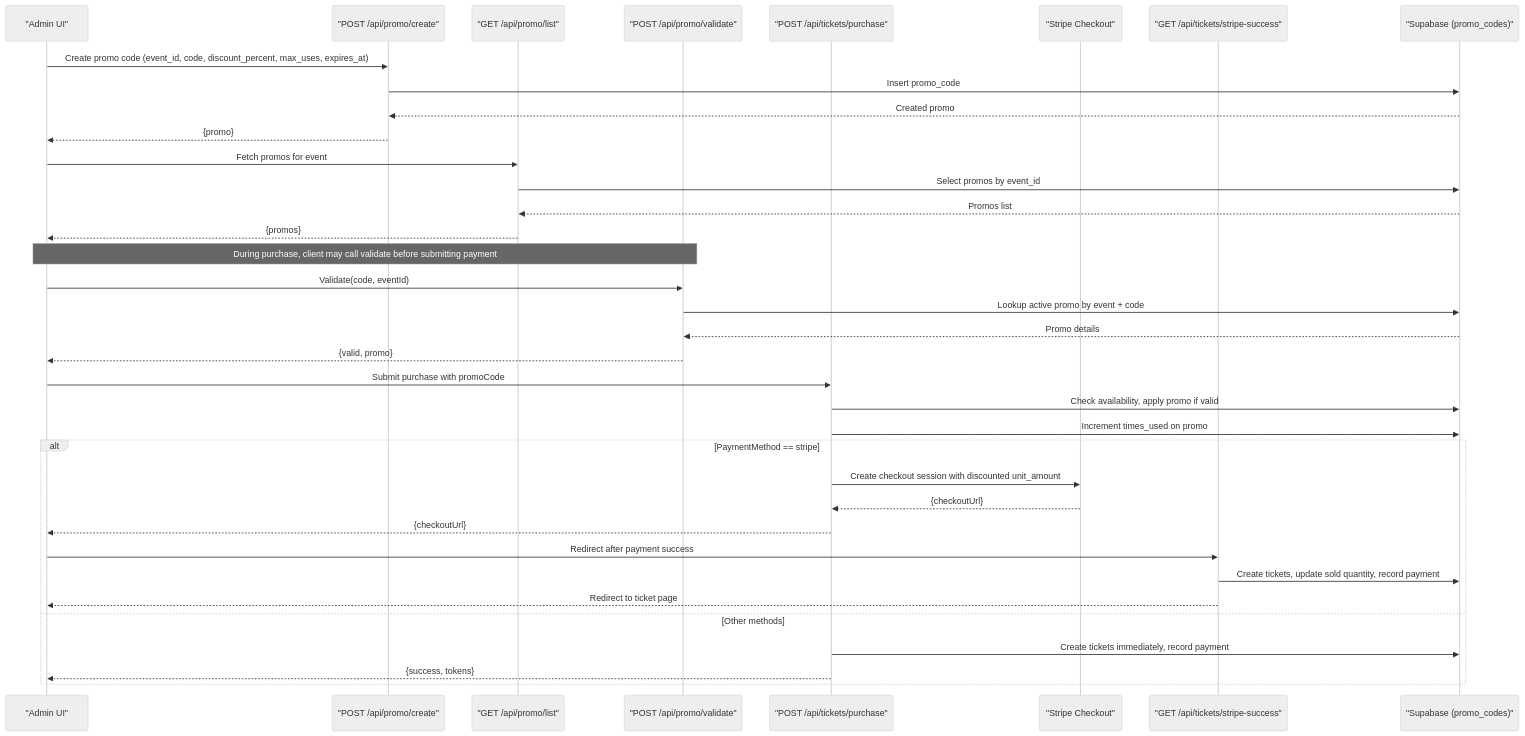
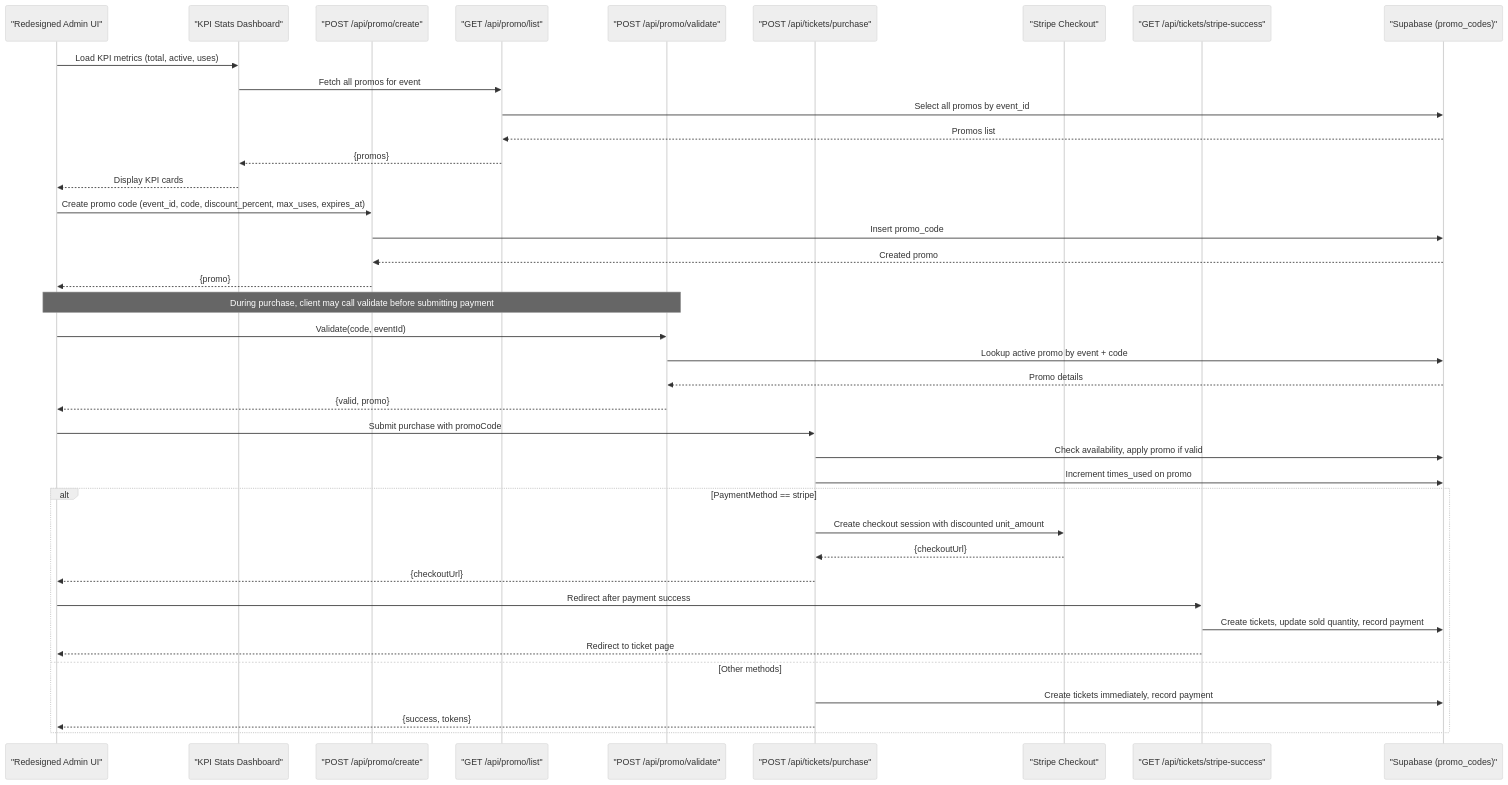
The second of 3 diagrams in .qoder/repowiki/en/content/Admin Dashboard/Promo Code Management.md (ObeyMuchechesi/TicketFlow), drawn with Mermaid (neutral theme) before and after one commit. The commit also changed other lines of this file and 12 other files, not shown here.

First line of the commit message:
docs: EcoCash schema columns and project documentation refresh

````diff
--- a/.qoder/repowiki/en/content/Admin Dashboard/Promo Code Management.md
+++ b/.qoder/repowiki/en/content/Admin Dashboard/Promo Code Management.md
@@ -114,38 +149,41 @@
 ```mermaid
 sequenceDiagram
-participant Admin as "Admin UI"
+participant Admin as "Redesigned Admin UI"
+participant StatsDashboard as "KPI Stats Dashboard"
 participant CreateAPI as "POST /api/promo/create"
 participant ListAPI as "GET /api/promo/list"
 participant ValidateAPI as "POST /api/promo/validate"
 participant PurchaseAPI as "POST /api/tickets/purchase"
 participant Stripe as "Stripe Checkout"
 participant SuccessAPI as "GET /api/tickets/stripe-success"
 participant DB as "Supabase (promo_codes)"
+Admin->>StatsDashboard : Load KPI metrics (total, active, uses)
+StatsDashboard->>ListAPI : Fetch all promos for event
+ListAPI->>DB : Select all promos by event_id
+DB-->>ListAPI : Promos list
+ListAPI-->>StatsDashboard : {promos}
+StatsDashboard-->>Admin : Display KPI cards
 Admin->>CreateAPI : Create promo code (event_id, code, discount_percent, max_uses, expires_at)
 CreateAPI->>DB : Insert promo_code
 DB-->>CreateAPI : Created promo
 CreateAPI-->>Admin : {promo}
-Admin->>ListAPI : Fetch promos for event
-ListAPI->>DB : Select promos by event_id
-DB-->>ListAPI : Promos list
-ListAPI-->>Admin : {promos}
 Note over Admin,ValidateAPI : During purchase, client may call validate before submitting payment
 Admin->>ValidateAPI : Validate(code, eventId)
 ValidateAPI->>DB : Lookup active promo by event + code
 DB-->>ValidateAPI : Promo details
 ValidateAPI-->>Admin : {valid, promo}
 Admin->>PurchaseAPI : Submit purchase with promoCode
 PurchaseAPI->>DB : Check availability, apply promo if valid
 PurchaseAPI->>DB : Increment times_used on promo
 alt PaymentMethod == stripe
 PurchaseAPI->>Stripe : Create checkout session with discounted unit_amount
 Stripe-->>PurchaseAPI : {checkoutUrl}
 PurchaseAPI-->>Admin : {checkoutUrl}
 Admin->>SuccessAPI : Redirect after payment success
 SuccessAPI->>DB : Create tickets, update sold quantity, record payment
 SuccessAPI-->>Admin : Redirect to ticket page
 else Other methods
 PurchaseAPI->>DB : Create tickets immediately, record payment
 PurchaseAPI-->>Admin : {success, tokens}
 end
 ```
````
